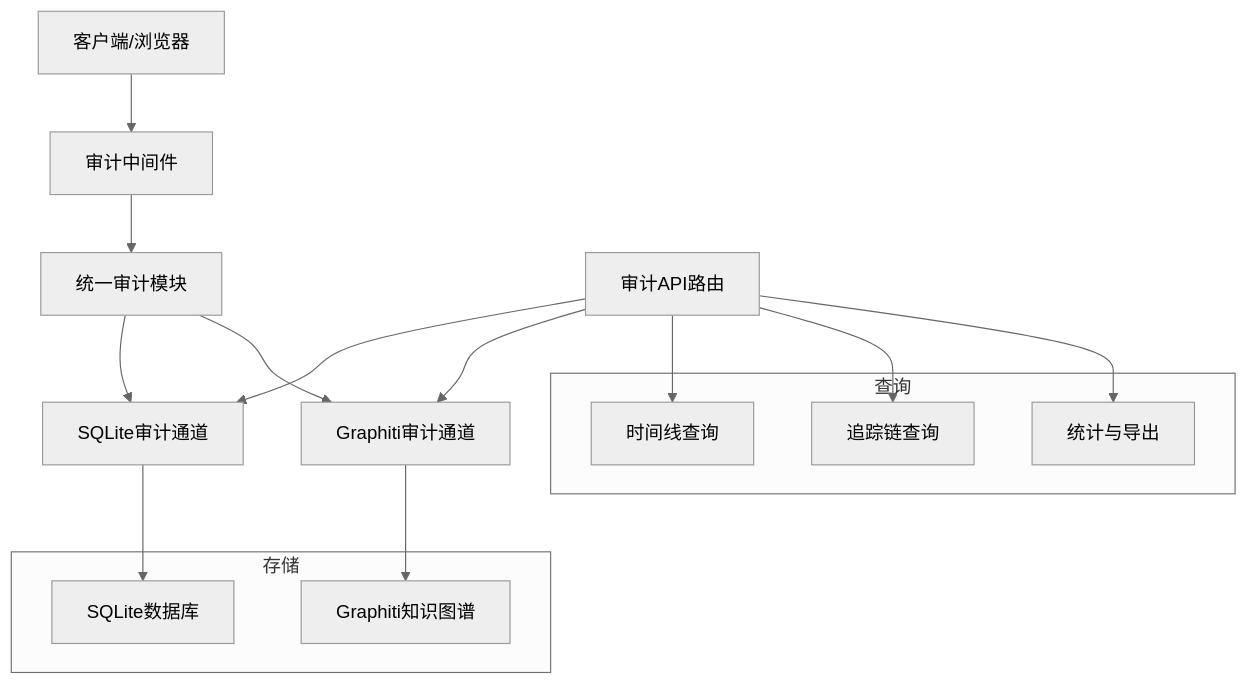
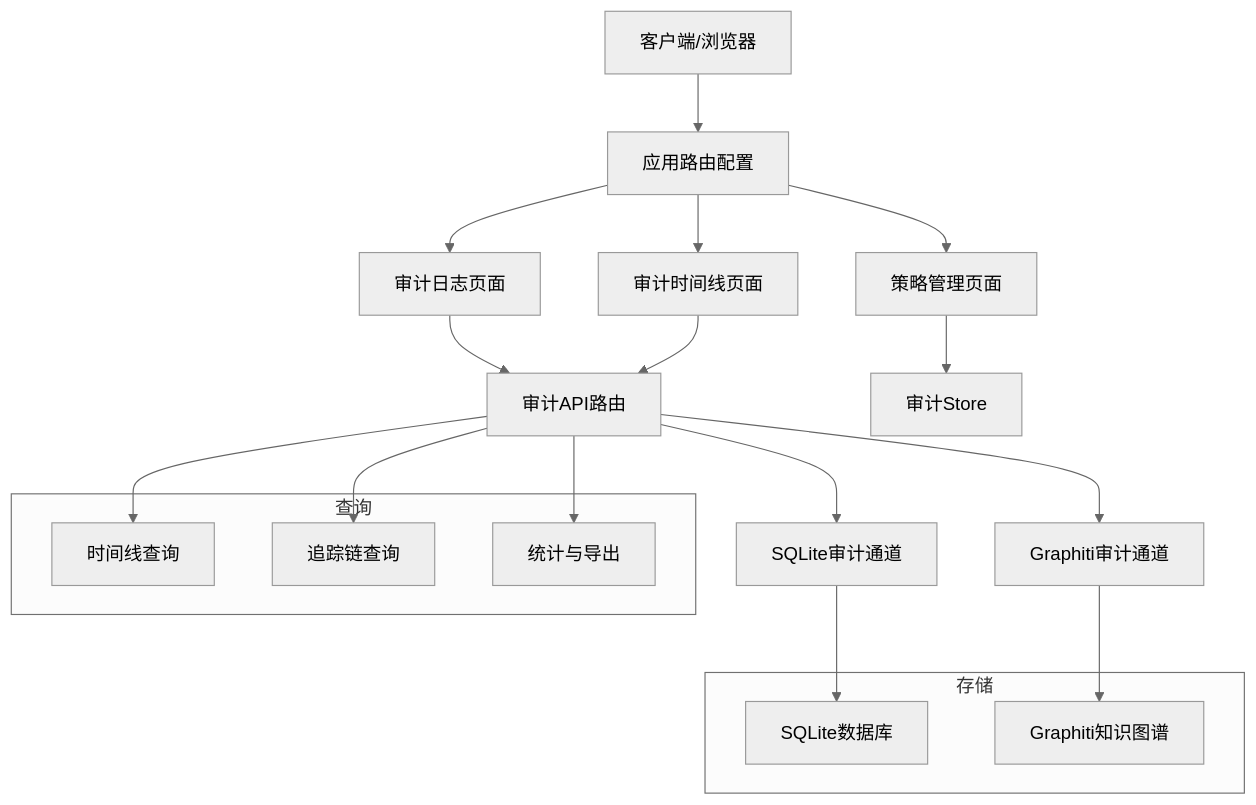
One commit to inier/ontology-graphiti changed the second of 10 diagrams in .qoder/repowiki/zh/content/项目概述/核心特性/策略治理系统/审计日志系统.md. Above: the diagram before and after it, drawn with Mermaid (neutral theme). The commit also changed other lines of this file and 10 other files, not shown here.

First line of the commit message:
refactor: 智能问答内联渲染 — 移除独立Tab，图表/时序/报告内嵌于会话消息

````diff
--- a/.qoder/repowiki/zh/content/项目概述/核心特性/策略治理系统/审计日志系统.md
+++ b/.qoder/repowiki/zh/content/项目概述/核心特性/策略治理系统/审计日志系统.md
@@ -112,23 +153,26 @@
 ```mermaid
 graph TB
-Client["客户端/浏览器"] --> MW["审计中间件"]
-MW --> UA["统一审计模块"]
-UA --> SQLC["SQLite审计通道"]
-UA --> GRC["Graphiti审计通道"]
+Client["客户端/浏览器"] --> Router["应用路由配置"]
+Router --> AuditPage["审计日志页面"]
+Router --> TimelinePage["审计时间线页面"]
+Router --> PolicyPage["策略管理页面"]
+AuditPage --> API["审计API路由"]
+TimelinePage --> API
+PolicyPage --> Store["审计Store"]
+API --> SQLC["SQLite审计通道"]
+API --> GRC["Graphiti审计通道"]
 subgraph "存储"
 SQLDB["SQLite数据库"]
 GRDB["Graphiti知识图谱"]
 end
 SQLC --> SQLDB
 GRC --> GRDB
-API["审计API路由"] --> SQLC
-API --> GRC
 subgraph "查询"
 Timeline["时间线查询"]
 Trace["追踪链查询"]
 Stats["统计与导出"]
 end
 API --> Timeline
 API --> Trace
 API --> Stats
 ```
````
